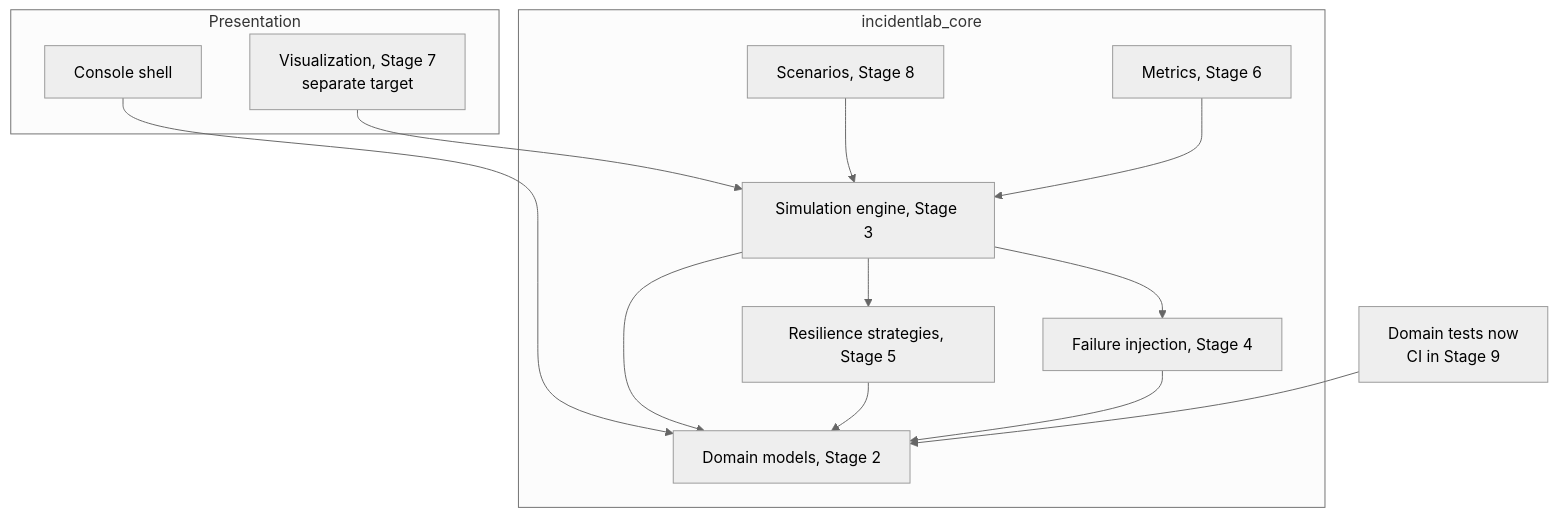
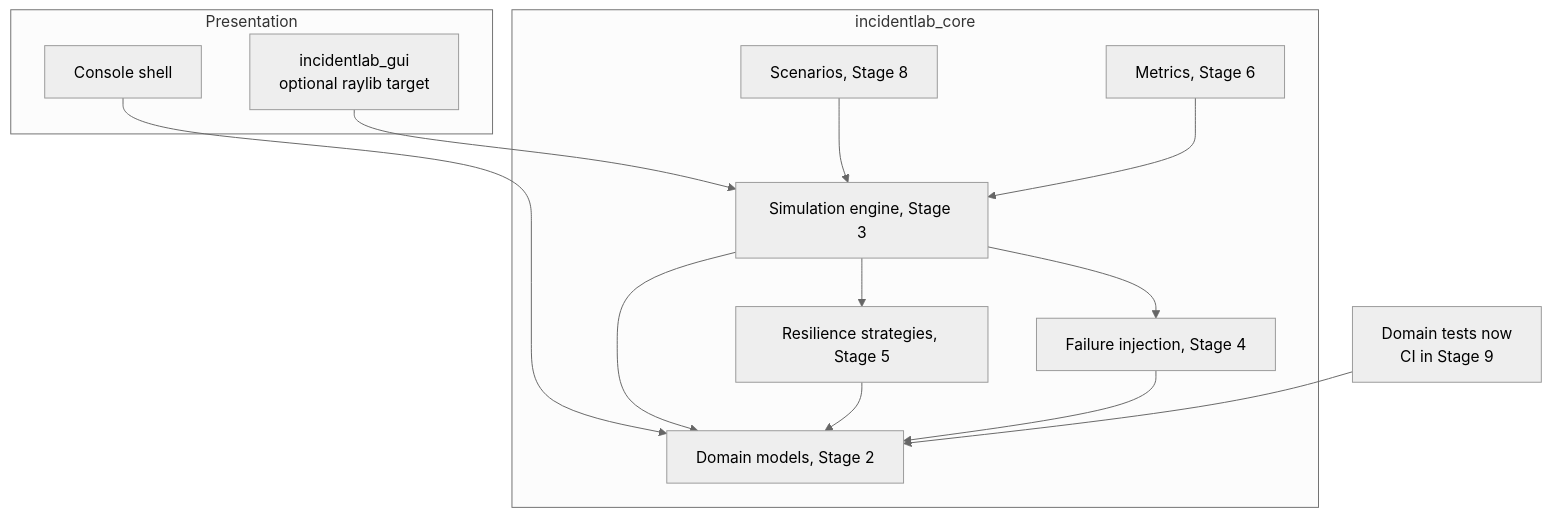
The eighth of 8 diagrams in docs/architecture.md (IG1234567/incidentLab), drawn with Mermaid (neutral theme) before and after one commit. The commit also changed other lines of this file and 12 other files, not shown here.

Commit message:
Add Stage 7 Interactive Visualization

````diff
--- a/docs/architecture.md
+++ b/docs/architecture.md
@@ -259,29 +295,29 @@
 ```mermaid
 flowchart TB
     subgraph presentation [Presentation]
         Console["Console shell"]
-        Viz["Visualization, Stage 7<br/>separate target"]
+        Viz["incidentlab_gui<br/>optional raylib target"]
     end
 
     subgraph core [incidentlab_core]
         Scenarios["Scenarios, Stage 8"]
         Metrics["Metrics, Stage 6"]
         Resilience["Resilience strategies, Stage 5"]
         Failures["Failure injection, Stage 4"]
         Engine["Simulation engine, Stage 3"]
         Domain["Domain models, Stage 2"]
     end
 
     Tests["Domain tests now<br/>CI in Stage 9"]
 
     Console --> Domain
     Viz --> Engine
     Scenarios --> Engine
     Engine --> Resilience
     Engine --> Failures
     Engine --> Domain
     Resilience --> Domain
     Failures --> Domain
     Metrics --> Engine
     Tests --> Domain
 ```
````
